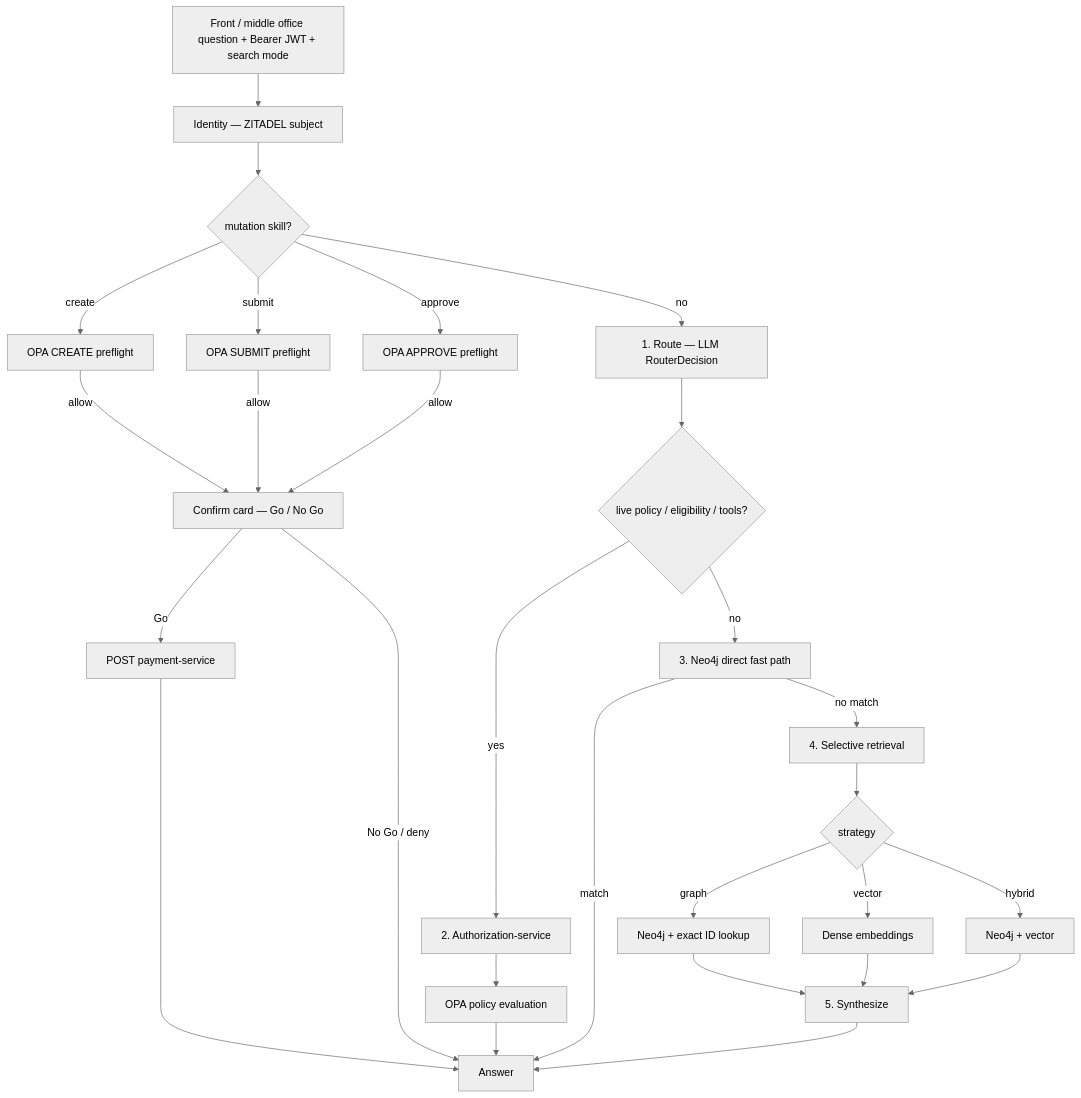
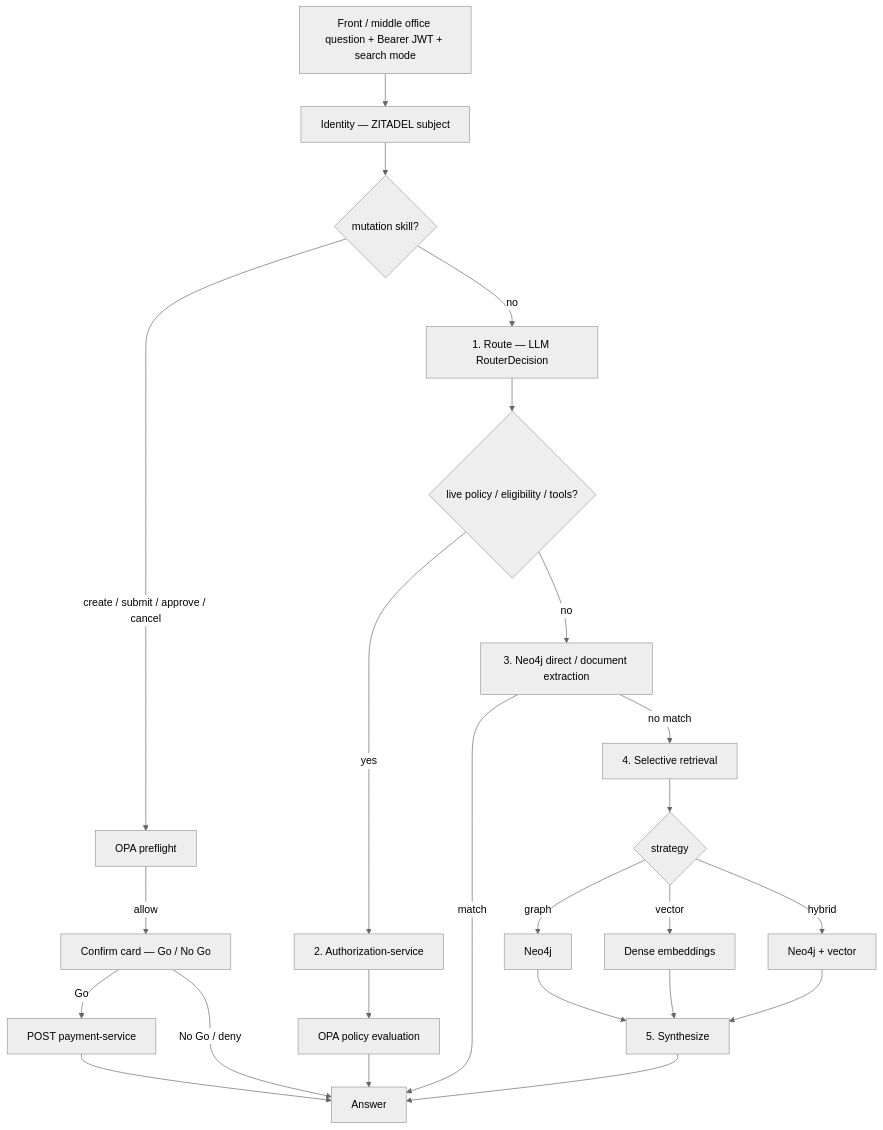
One commit to sanjuthomas/policy-pilot changed the second of 2 diagrams in docs/intent-determination.md. Above: the diagram before and after it, drawn with Mermaid (neutral theme). The commit also changed other lines of this file and 27 other files, not shown here.

````diff
--- a/docs/intent-determination.md
+++ b/docs/intent-determination.md
@@ -76,30 +73,26 @@
 ```mermaid
 flowchart TD
     Q["Front / middle office question + Bearer JWT + search mode"] --> ID[Identity — ZITADEL subject]
     ID --> SK{mutation skill?}
-    SK -->|create| PRE1[OPA CREATE preflight]
-    SK -->|submit| PRE2[OPA SUBMIT preflight]
-    SK -->|approve| PRE3[OPA APPROVE preflight]
-    PRE1 -->|allow| CONF[Confirm card — Go / No Go]
-    PRE2 -->|allow| CONF
-    PRE3 -->|allow| CONF
+    SK -->|create / submit / approve / cancel| PRE[OPA preflight]
+    PRE -->|allow| CONF[Confirm card — Go / No Go]
     CONF -->|Go| PAY[POST payment-service]
     PAY --> A[Answer]
     CONF -->|No Go / deny| A
     SK -->|no| R[1. Route — LLM RouterDecision]
     R --> E{live policy / eligibility / tools?}
     E -->|yes| AZ[2. Authorization-service]
     AZ --> OPA[OPA policy evaluation]
     OPA --> A
-    E -->|no| D[3. Neo4j direct fast path]
+    E -->|no| D[3. Neo4j direct / document extraction]
     D -->|match| A
     D -->|no match| RET[4. Selective retrieval]
     RET --> G{strategy}
-    G -->|graph| N[Neo4j + exact ID lookup]
+    G -->|graph| N[Neo4j]
     G -->|vector| V[Dense embeddings]
     G -->|hybrid| H[Neo4j + vector]
     N --> S[5. Synthesize]
     V --> S
     H --> S
     S --> A
 ```
````
